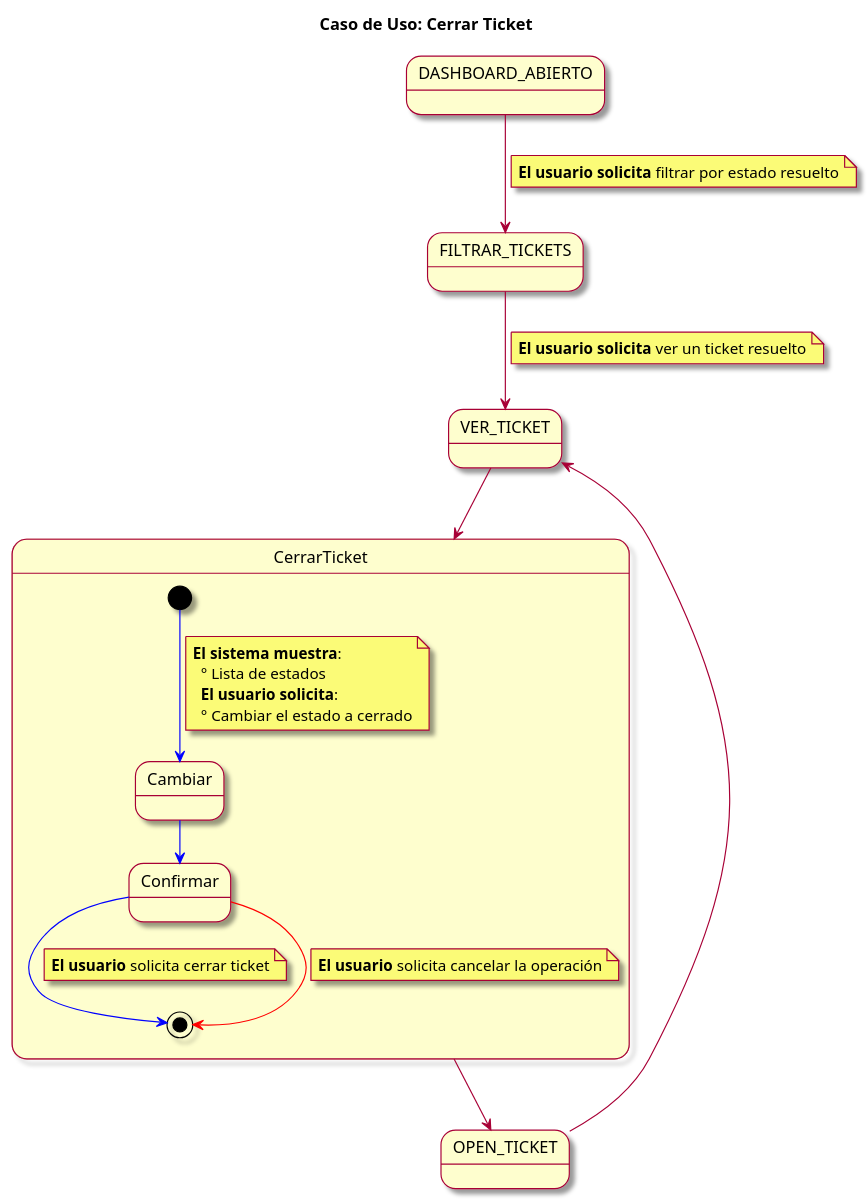
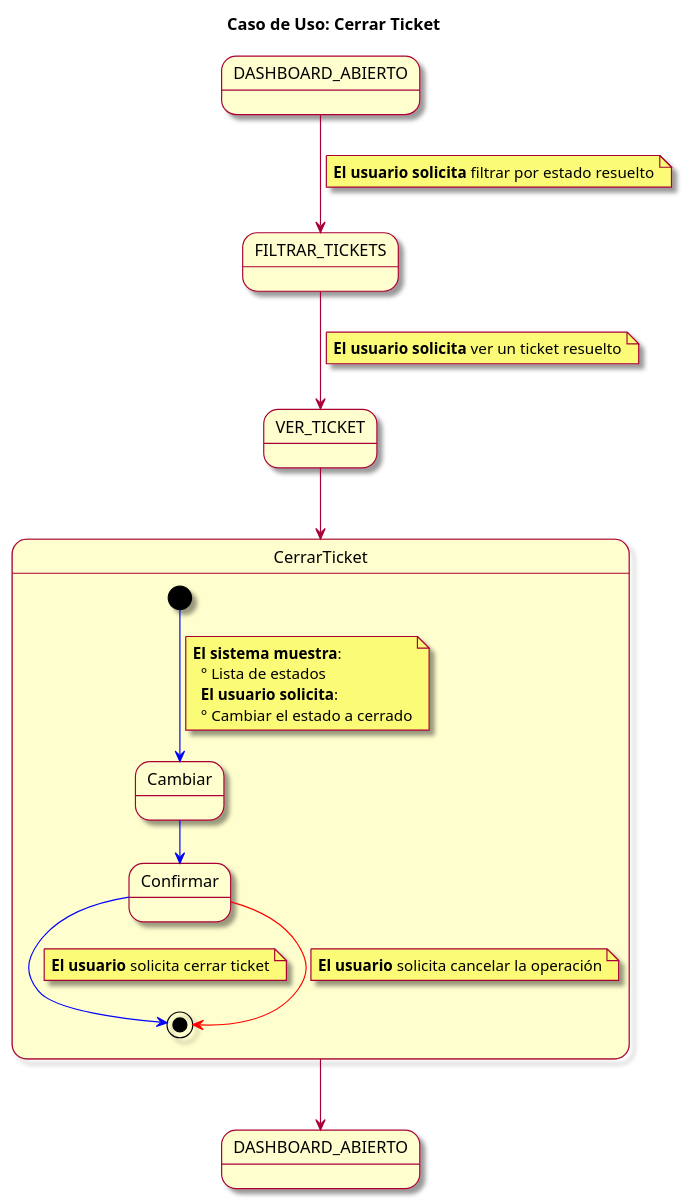
Before and after one commit to mmasias/23-24-IdSw1-SDR: the diagram in modelosUML/CasosDeUsos/CasosDetallados/CerrarTicket.puml, drawn with PlantUML. The commit also changed 2 other files, not shown here.

Commit message:
fix: Correccion de diagramas e imagenes

```diff
--- a/modelosUML/CasosDeUsos/CasosDetallados/CerrarTicket.puml
+++ b/modelosUML/CasosDeUsos/CasosDetallados/CerrarTicket.puml
@@ -1,43 +1,37 @@
 @startuml
 skin rose
 title Caso de Uso: Cerrar Ticket
 
 state DASHBOARD_ABIERTO
 state VER_TICKET
 state FILTRAR_TICKETS
-state OPEN_TICKET
+state "DASHBOARD_ABIERTO" as DASHBOARD_ABIERTO2
 
 DASHBOARD_ABIERTO --> FILTRAR_TICKETS
 note on link: **El usuario solicita** filtrar por estado resuelto
 FILTRAR_TICKETS --> VER_TICKET
 note on link: **El usuario solicita** ver un ticket resuelto
 VER_TICKET --> CerrarTicket
-CerrarTicket --> OPEN_TICKET
-OPEN_TICKET --> VER_TICKET
+CerrarTicket --> DASHBOARD_ABIERTO2
+
 
 state CerrarTicket {
 
   [*] -[#blue]-> ingresarVerTicket
 note on link
 **El sistema muestra**: 
   ° Lista de estados
   **El usuario solicita**: 
   ° Cambiar el estado a cerrado
 end note
   state "Cambiar" as ingresarVerTicket
   ingresarVerTicket -[#blue]-> confirmarCierre
   state "Confirmar" as confirmarCierre
   confirmarCierre -[#blue]-> [*]
   note on link: **El usuario** solicita cerrar ticket
     
   confirmarCierre -[#red]-> [*]
   note on link: **El usuario** solicita cancelar la operación
-
-
-
-    
+   
 }
-
-
-
 @enduml
```
